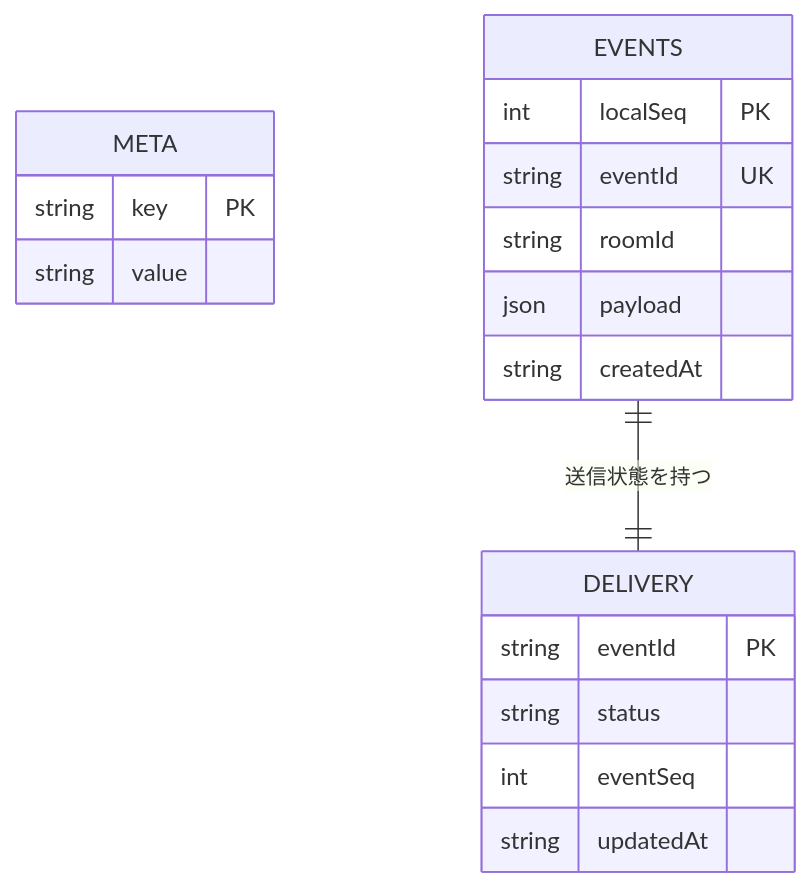
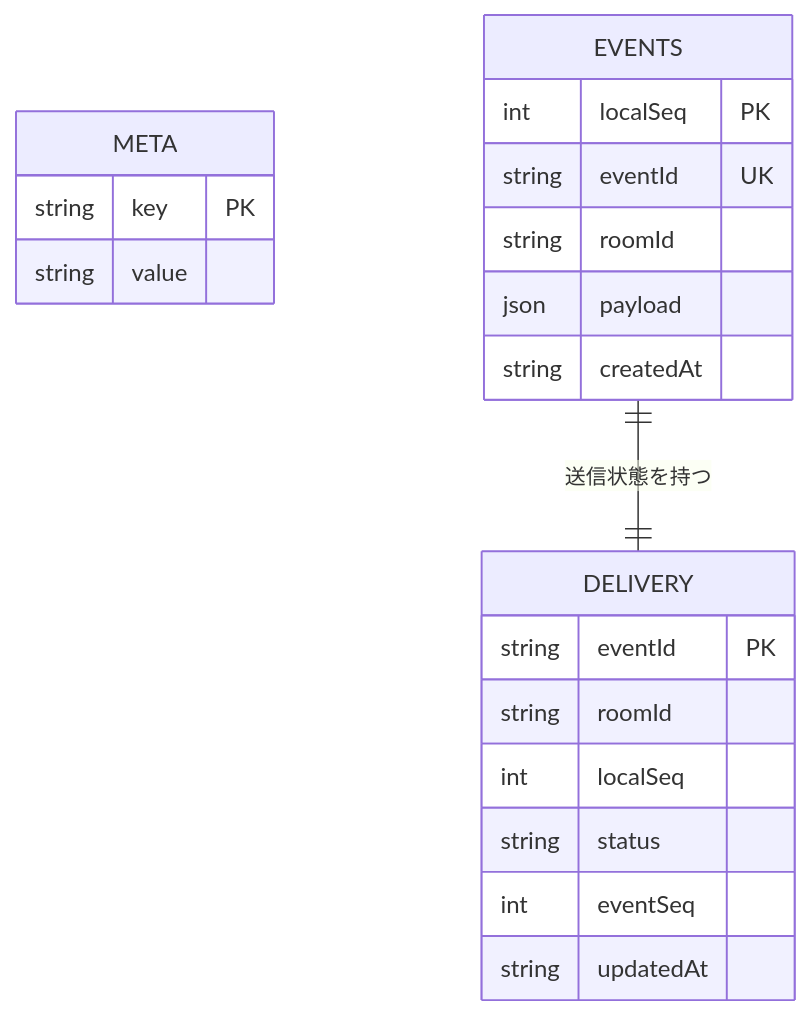
One commit to xzyozi/control-sync-ui changed the diagram in docs/design/CSU-DS-001_データ構造仕様書.md. Above: the diagram before and after it, drawn with Mermaid. The commit also changed other lines of this file and 7 other files, not shown here.

````diff
--- a/docs/design/CSU-DS-001_データ構造仕様書.md
+++ b/docs/design/CSU-DS-001_データ構造仕様書.md
@@ -67,21 +67,23 @@
 ```mermaid
 erDiagram
     META {
         string key PK
         string value
     }
     EVENTS {
         int localSeq PK
         string eventId UK
         string roomId
         json payload
         string createdAt
     }
     DELIVERY {
         string eventId PK
+        string roomId
+        int localSeq
         string status
         int eventSeq
         string updatedAt
     }
     EVENTS ||--|| DELIVERY : "送信状態を持つ"
 ```
````
